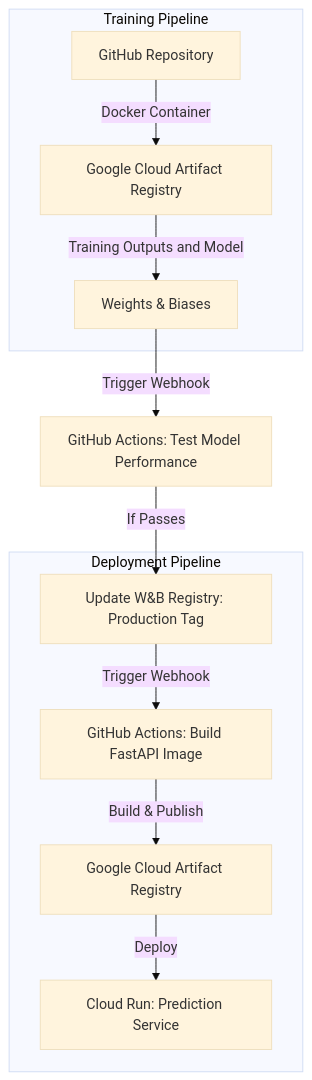
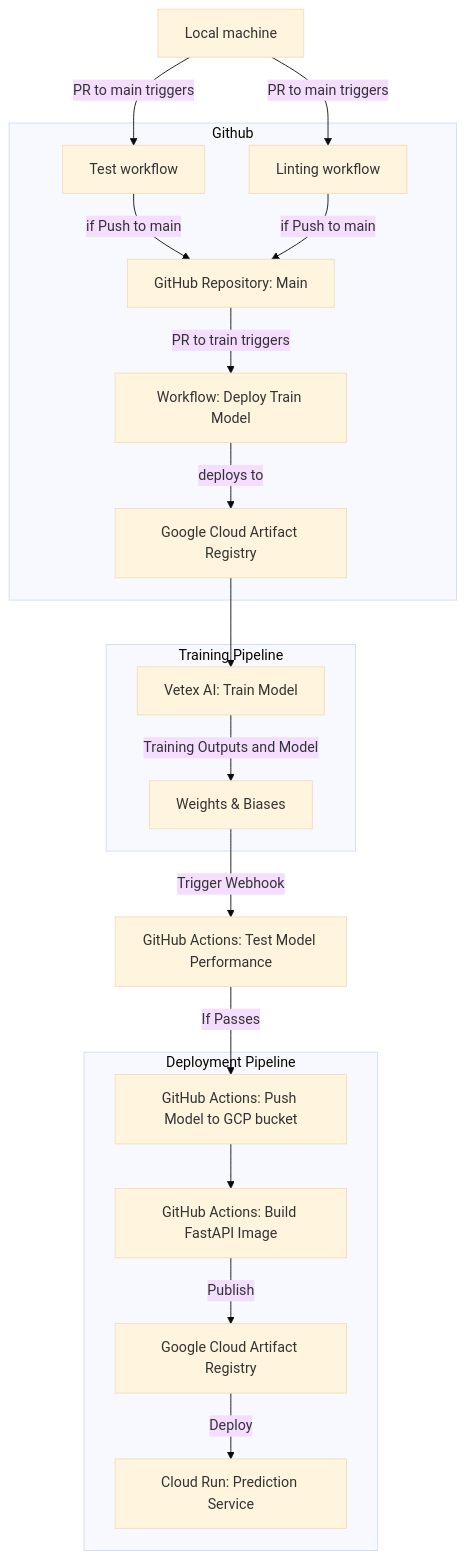
The diagram in reports/README.md (LuigiElo/MLPOps), drawn with Mermaid (base theme) before and after one commit. The commit also changed other lines of this file and 3 other files, not shown here.

````diff
--- a/reports/README.md
+++ b/reports/README.md
@@ -601,16 +611,24 @@
 ```mermaid
 graph TD
+        I[Local machine] -->|PR to main triggers|J 
+        I --> |PR to main triggers| L
+    subgraph Github
+        J[Test workflow] -->|if Push to main|A[GitHub Repository: Main]
+        L[Linting workflow] -->|if Push to main|A
+        A --> |PR to train  triggers| Z[Workflow: Deploy Train Model] --> |deploys to| B
+    end
     subgraph Training Pipeline
-        A[GitHub Repository] -->|Docker Container| B[Google Cloud Artifact Registry]
-        B -->|Training Outputs and Model| C[Weights & Biases]
+         B[Google Cloud Artifact Registry]
+        B --> K[Vetex AI: Train Model]
+        K -->|Training Outputs and Model| C[Weights & Biases]
+    end
+        C -->|Trigger Webhook| D[GitHub Actions: Test Model Performance]
+        D -->|If Passes| E[GitHub Actions: Push Model to GCP bucket]
+
+    subgraph Deployment Pipeline
+        E --> F[GitHub Actions: Build FastAPI Image]
+        F -->|Publish| G[Google Cloud Artifact Registry]
+        G -->|Deploy| H[Cloud Run: Prediction Service]
     end
 
-        C -->|Trigger Webhook| D[GitHub Actions: Test Model Performance]
-        D -->|If Passes| E[Update W&B Registry: Production Tag]
-
-    subgraph Deployment Pipeline
-        E -->|Trigger Webhook| F[GitHub Actions: Build FastAPI Image]
-        F -->|Build & Publish| G[Google Cloud Artifact Registry]
-        G -->|Deploy| H[Cloud Run: Prediction Service]
-    end
 ```
````
